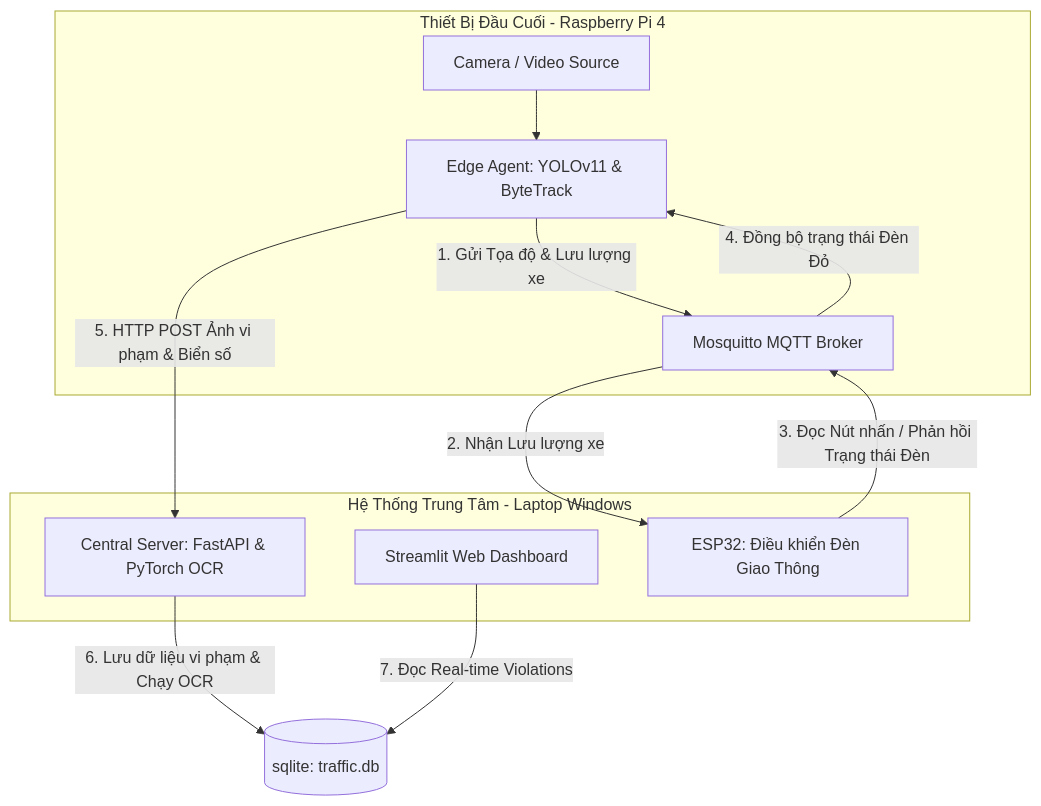
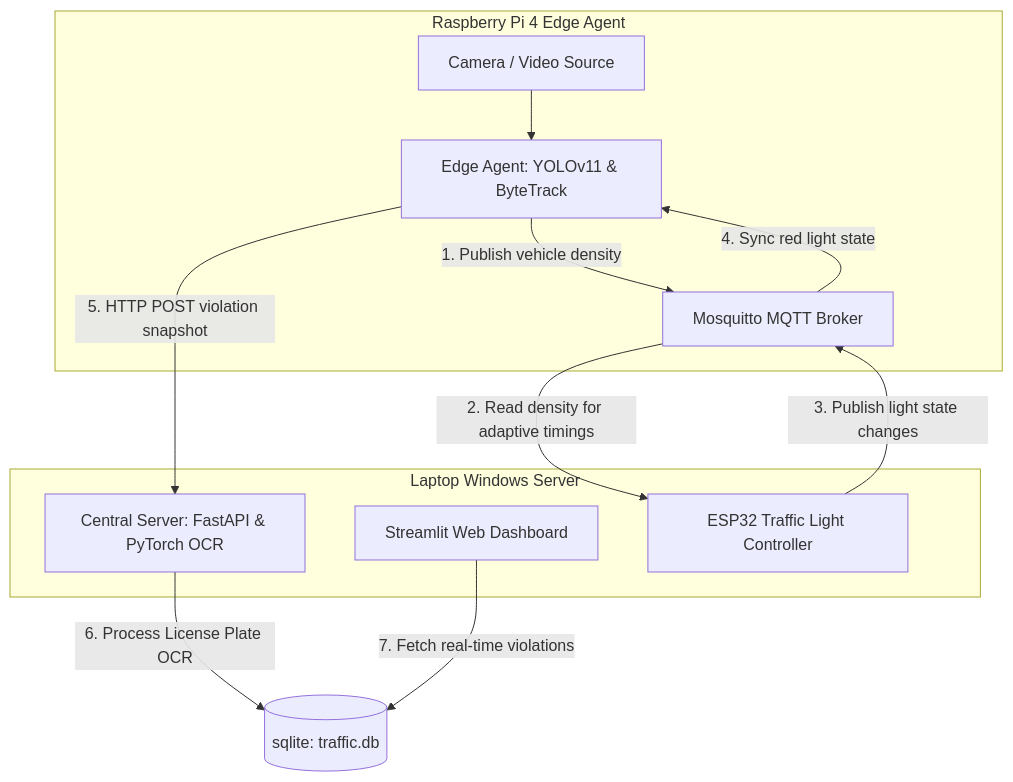
One commit to khoitiennguyen0511/traffic_monitoring_vn changed the diagram in README.md. Above: the diagram before and after it, drawn with Mermaid. The commit also changed other lines of this file and 1 other file, not shown here.

````diff
--- a/README.md
+++ b/README.md
@@ -9,21 +8,21 @@
 ```mermaid
 graph TD
-    subgraph Edge_Devices [Thiết Bị Đầu Cuối - Raspberry Pi 4]
+    subgraph Edge_Devices [Raspberry Pi 4 Edge Agent]
         Camera[Camera / Video Source] --> Agent[Edge Agent: YOLOv11 & ByteTrack]
         MQTT[Mosquitto MQTT Broker]
     end
 
-    subgraph Central_Server [Hệ Thống Trung Tâm - Laptop Windows]
+    subgraph Central_Server [Laptop Windows Server]
         FastAPI[Central Server: FastAPI & PyTorch OCR]
         Dashboard[Streamlit Web Dashboard]
-        ESP32[ESP32: Điều khiển Đèn Giao Thông]
+        ESP32[ESP32 Traffic Light Controller]
     end
 
-    Agent -- 1. Gửi Tọa độ & Lưu lượng xe --> MQTT
-    MQTT -- 2. Nhận Lưu lượng xe --> ESP32
-    ESP32 -- 3. Đọc Nút nhấn / Phản hồi Trạng thái Đèn --> MQTT
-    MQTT -- 4. Đồng bộ trạng thái Đèn Đỏ --> Agent
-    Agent -- 5. HTTP POST Ảnh vi phạm & Biển số --> FastAPI
-    FastAPI -- 6. Lưu dữ liệu vi phạm & Chạy OCR --> DB[(sqlite: traffic.db)]
-    Dashboard -- 7. Đọc Real-time Violations --> DB
+    Agent -- 1. Publish vehicle density --> MQTT
+    MQTT -- 2. Read density for adaptive timings --> ESP32
+    ESP32 -- 3. Publish light state changes --> MQTT
+    MQTT -- 4. Sync red light state --> Agent
+    Agent -- 5. HTTP POST violation snapshot --> FastAPI
+    FastAPI -- 6. Process License Plate OCR --> DB[(sqlite: traffic.db)]
+    Dashboard -- 7. Fetch real-time violations --> DB
 ```
````
